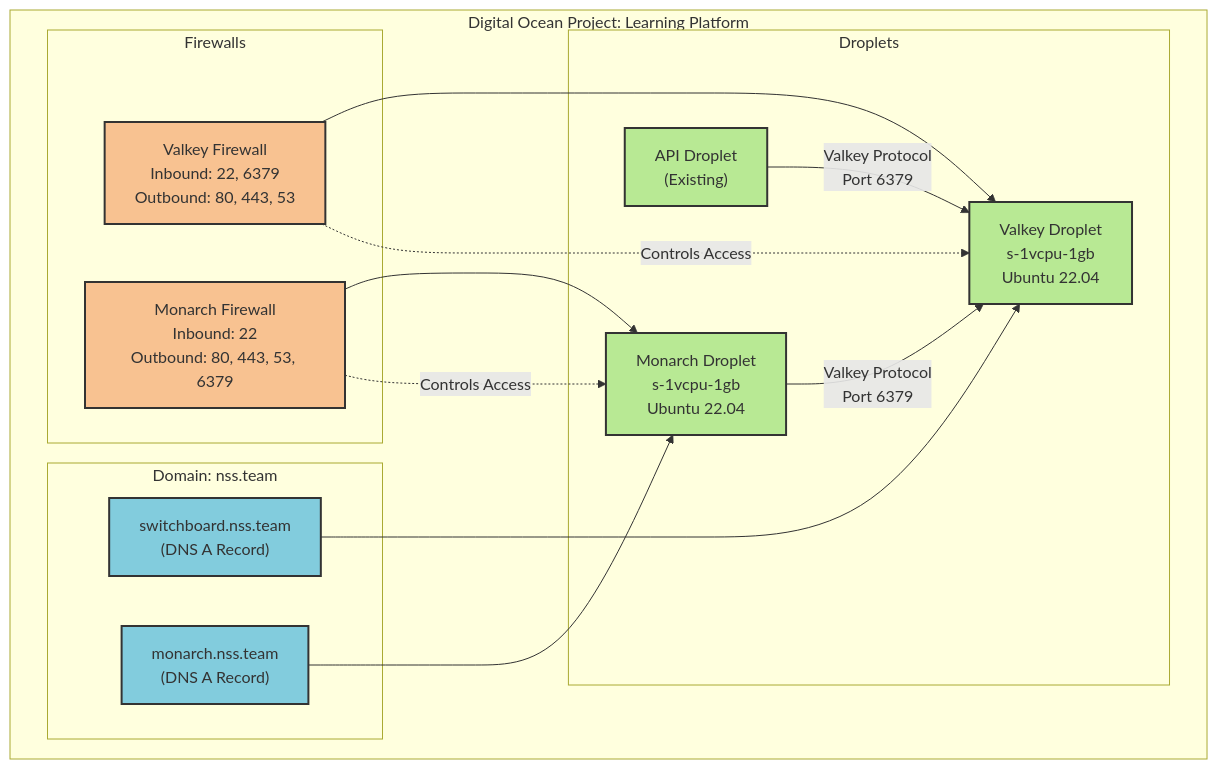
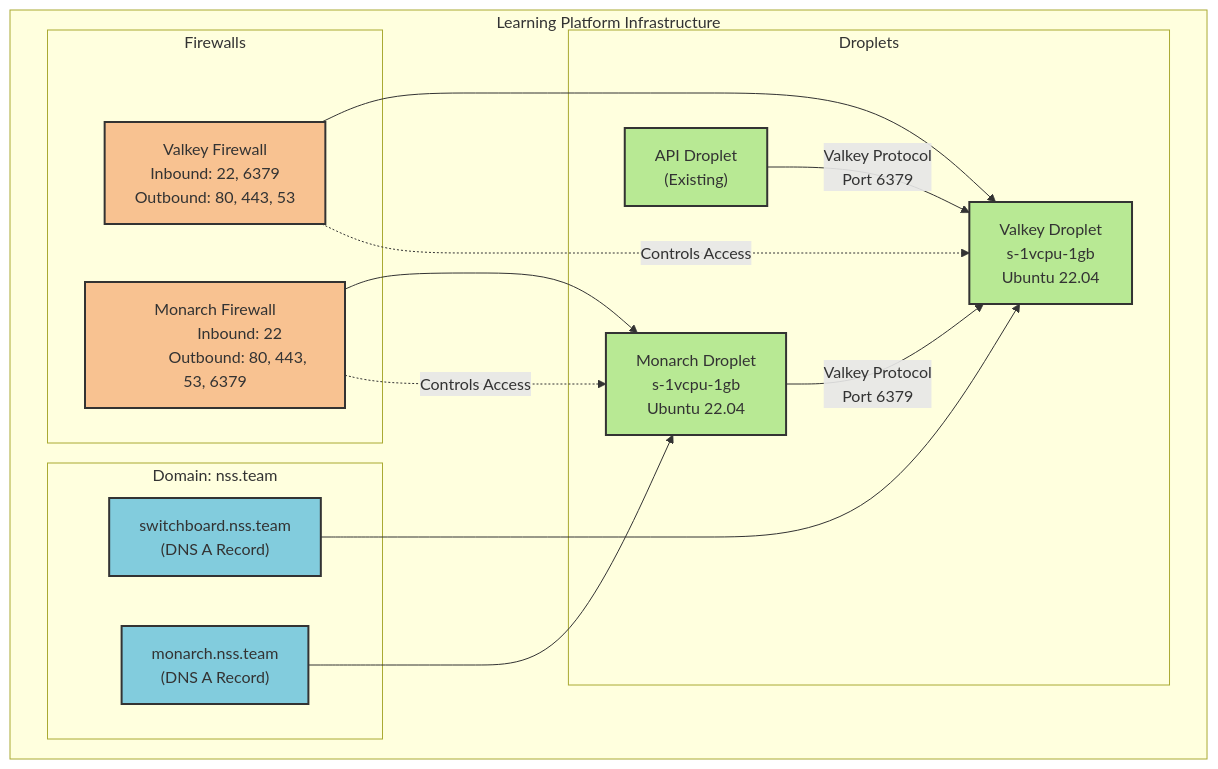
The diagram in README.md (stevebrownlee/learnops-infrastructure), drawn with Mermaid before and after one commit.

Commit message:
New title

````diff
--- a/README.md
+++ b/README.md
@@ -3,42 +3,55 @@
 ```mermaid
 graph TB
-    subgraph "Digital Ocean Project: Learning Platform"
+    subgraph "Learning Platform Infrastructure"
         subgraph "Domain: nss.team"
-            switchboard["switchboard.nss.team\n(DNS A Record)"]
-            monarch["monarch.nss.team\n(DNS A Record)"]
+            switchboard["switchboard.nss.team
+            (DNS A Record)"]
+            monarch["monarch.nss.team
+            (DNS A Record)"]
         end
 
         subgraph "Droplets"
-            vd["Valkey Droplet\ns-1vcpu-1gb\nUbuntu 22.04"]
-            md["Monarch Droplet\ns-1vcpu-1gb\nUbuntu 22.04"]
-            api["API Droplet\n(Existing)"]
+            vd["Valkey Droplet
+            s-1vcpu-1gb
+            Ubuntu 22.04"]
+            md["Monarch Droplet
+            s-1vcpu-1gb
+            Ubuntu 22.04"]
+            api["API Droplet
+            (Existing)"]
         end
 
         subgraph "Firewalls"
-            vf["Valkey Firewall\nInbound: 22, 6379\nOutbound: 80, 443, 53"]
-            mf["Monarch Firewall\nInbound: 22\nOutbound: 80, 443, 53, 6379"]
+            vf["Valkey Firewall
+            Inbound: 22, 6379
+            Outbound: 80, 443, 53"]
+            mf["Monarch Firewall
+            Inbound: 22
+            Outbound: 80, 443, 53, 6379"]
         end
     end
 
     %% Connections
     switchboard --> vd
     monarch --> md
     vf --> vd
     mf --> md
 
     %% Service Communications
-    md -->|"Valkey Protocol\nPort 6379"| vd
-    api -->|"Valkey Protocol\nPort 6379"| vd
+    md -->|"Valkey Protocol
+    Port 6379"| vd
+    api -->|"Valkey Protocol
+    Port 6379"| vd
 
     %% Firewall Rules
     vf -.->|"Controls Access"| vd
     mf -.->|"Controls Access"| md
 
     classDef droplet fill:#b8e994,stroke:#333,stroke-width:2px
     classDef firewall fill:#f8c291,stroke:#333,stroke-width:2px
     classDef dns fill:#82ccdd,stroke:#333,stroke-width:2px
 
     class vd,md,api droplet
     class vf,mf firewall
     class switchboard,monarch dns
 ```
````
